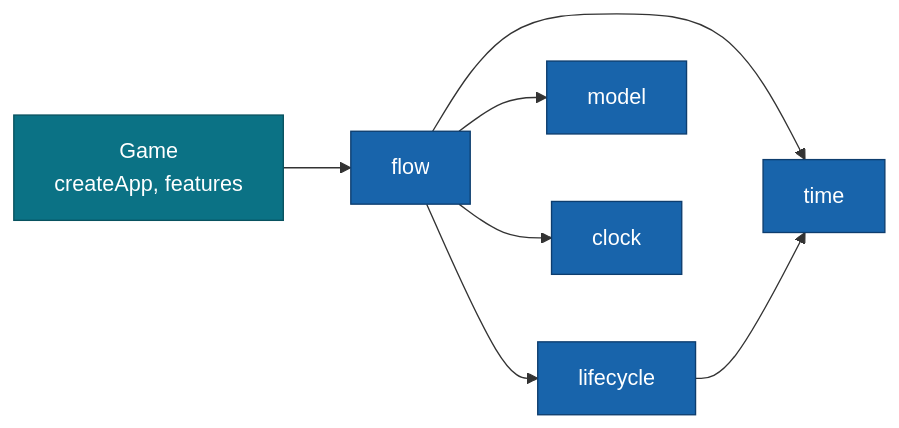
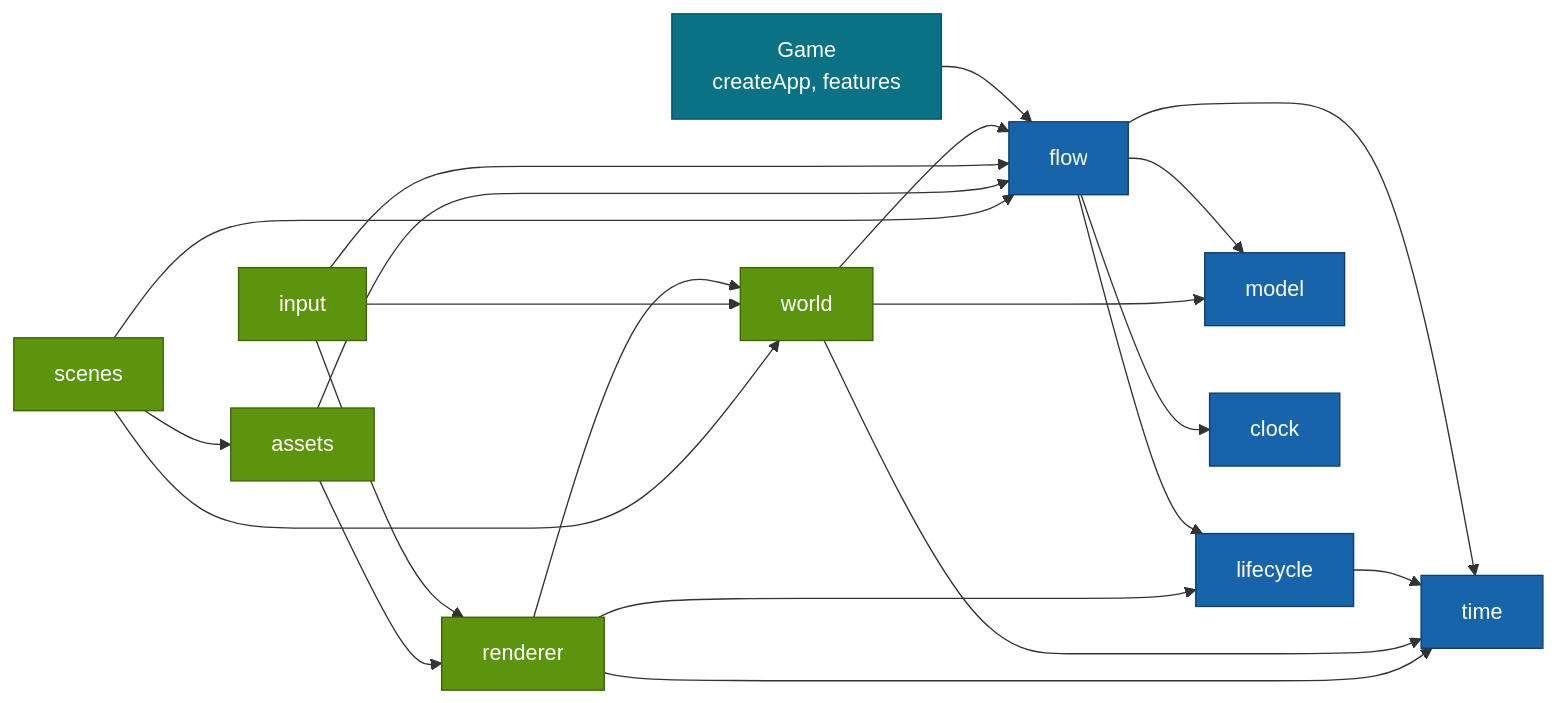
One commit to moku-labs/game changed the second of 2 diagrams in README.md. Above: the diagram before and after it, drawn with Mermaid. The commit also changed other lines of this file and 264 other files, not shown here.

First line of the commit message:
feat: V2 screen: world, renderer, input, assets, scenes (#10)

````diff
--- a/README.md
+++ b/README.md
@@ -240,13 +245,29 @@
 ```mermaid
 flowchart LR
   G["Game<br/>createApp, features"] --> F["flow"]
   F --> T["time"]
   F --> L["lifecycle"]
   F --> M["model"]
   F --> C["clock"]
   L --> T
+  W["world"] --> T
+  W --> M
+  W --> F
+  R["renderer"] --> T
+  R --> L
+  R --> W
+  I["input"] --> F
+  I --> W
+  I --> R
+  A["assets"] --> F
+  A --> R
+  S["scenes"] --> F
+  S --> W
+  S --> A
   classDef u fill:#0b7285,stroke:#08525f,color:#fff;
   classDef m fill:#1864ab,stroke:#0d3d6e,color:#fff;
+  classDef s fill:#5c940d,stroke:#3d6208,color:#fff;
   class G u
   class F,T,L,M,C m
+  class W,R,I,A,S s
 ```
````
